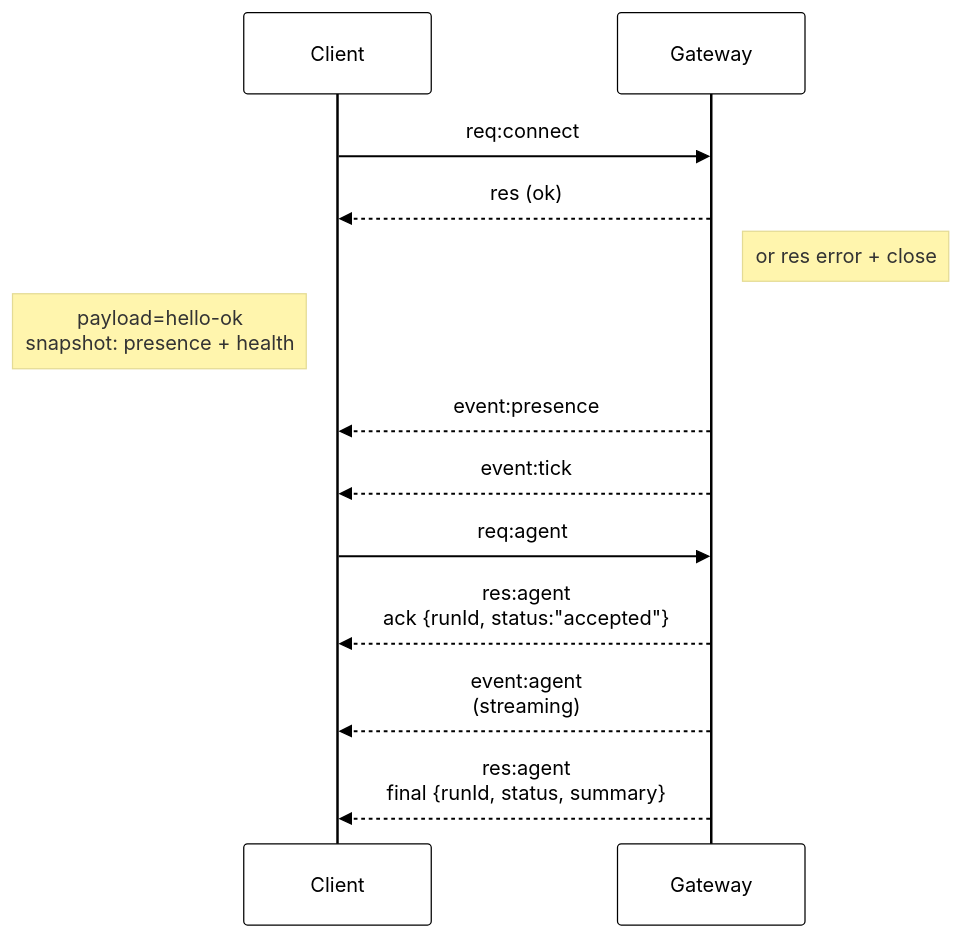
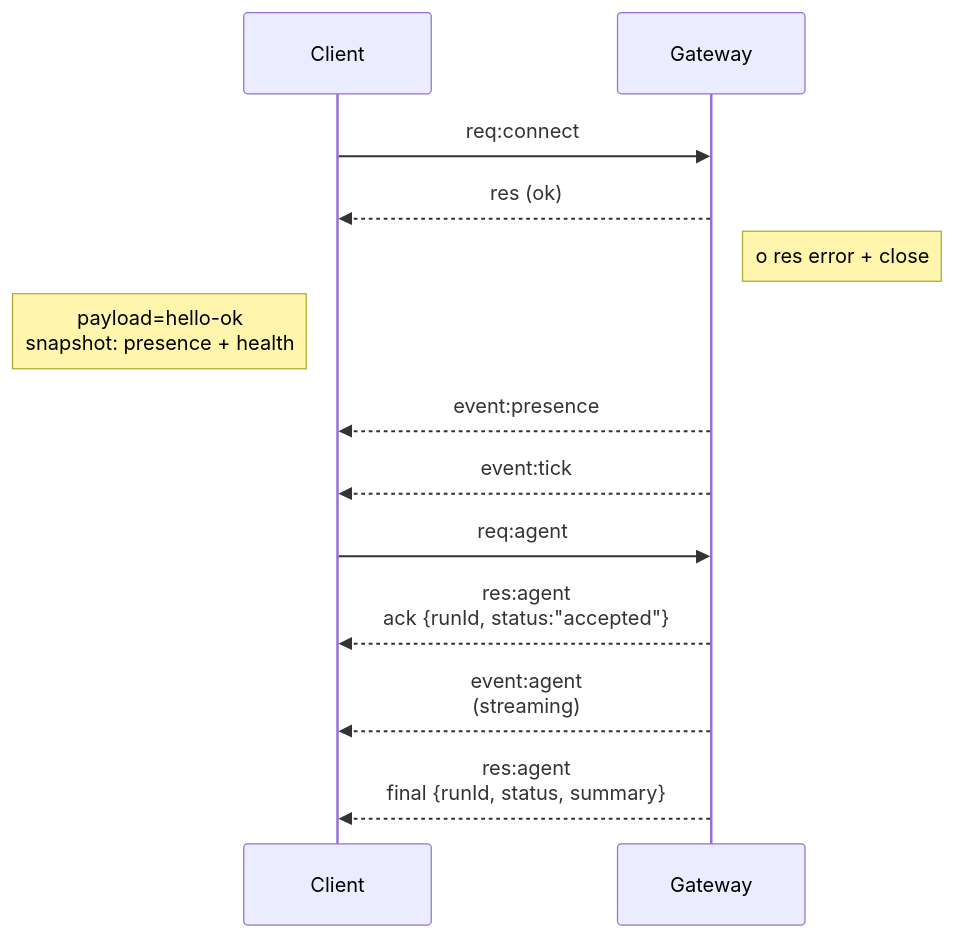
Before and after one commit to johnakelly-yahoo-com/veiseule-openclaw: the diagram in es/concepts/architecture.md, drawn with Mermaid. The commit also changed other lines of this file and 7264 other files, not shown here.

````diff
--- a/es/concepts/architecture.md
+++ b/es/concepts/architecture.md
@@ -55,34 +61,18 @@
 ```mermaid
-%%{init: {
-  'theme': 'base',
-  'themeVariables': {
-    'primaryColor': '#ffffff',
-    'primaryTextColor': '#000000',
-    'primaryBorderColor': '#000000',
-    'lineColor': '#000000',
-    'secondaryColor': '#f9f9fb',
-    'tertiaryColor': '#ffffff',
-    'clusterBkg': '#f9f9fb',
-    'clusterBorder': '#000000',
-    'nodeBorder': '#000000',
-    'mainBkg': '#ffffff',
-    'edgeLabelBackground': '#ffffff'
-  }
-}}%%
 sequenceDiagram
     participant Client
     participant Gateway
 
     Client->>Gateway: req:connect
     Gateway-->>Client: res (ok)
-    Note right of Gateway: or res error + close
+    Note right of Gateway: o res error + close
     Note left of Client: payload=hello-ok<br>snapshot: presence + health
 
     Gateway-->>Client: event:presence
     Gateway-->>Client: event:tick
 
     Client->>Gateway: req:agent
     Gateway-->>Client: res:agent<br>ack {runId, status:"accepted"}
     Gateway-->>Client: event:agent<br>(streaming)
     Gateway-->>Client: res:agent<br>final {runId, status, summary}
 ```
````
